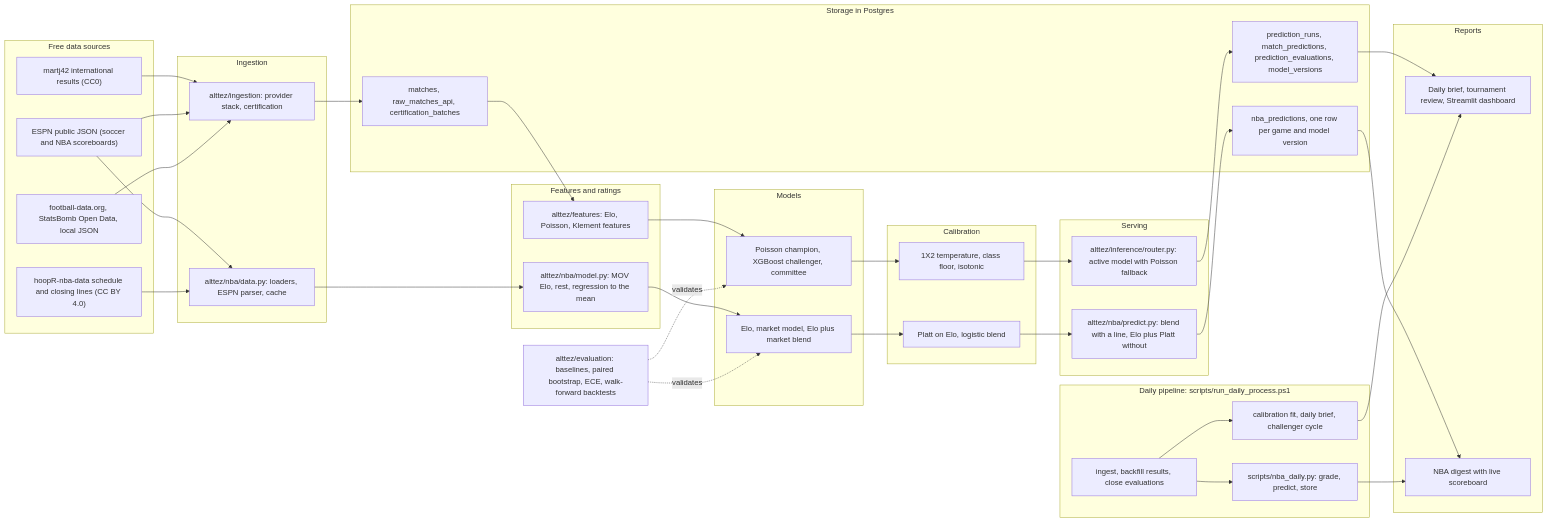
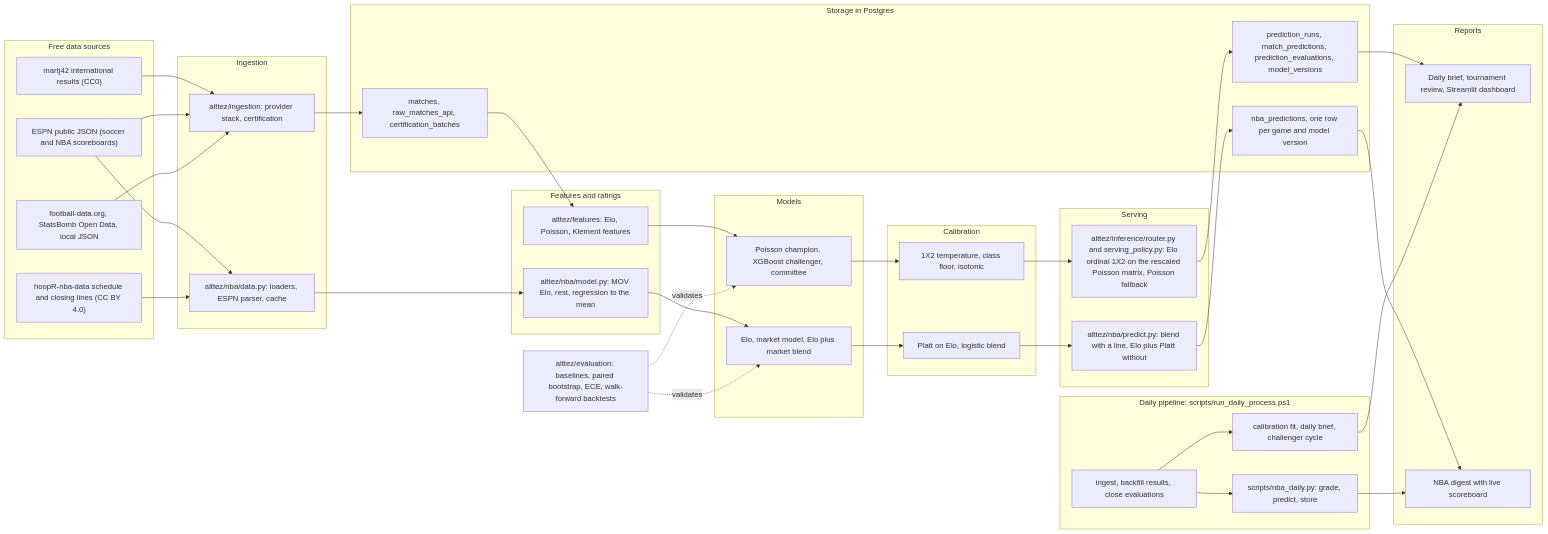
The diagram in docs/architecture.md (julianhr-ops/alttez-predictive), drawn with Mermaid before and after one commit. The commit also changed other lines of this file and 3 other files, not shown here.

Commit message:
docs: describe the Elo ordinal serving policy in architecture, history and guides

````diff
--- a/docs/architecture.md
+++ b/docs/architecture.md
@@ -7,70 +7,70 @@
 ```mermaid
 flowchart LR
     subgraph SRC["Free data sources"]
         S1["martj42 international results (CC0)"]
         S2["ESPN public JSON (soccer and NBA scoreboards)"]
         S3["football-data.org, StatsBomb Open Data, local JSON"]
         S4["hoopR-nba-data schedule and closing lines (CC BY 4.0)"]
     end
 
     subgraph ING["Ingestion"]
         I1["alttez/ingestion: provider stack, certification"]
         I2["alttez/nba/data.py: loaders, ESPN parser, cache"]
     end
 
     subgraph FEAT["Features and ratings"]
         F1["alttez/features: Elo, Poisson, Klement features"]
         F2["alttez/nba/model.py: MOV Elo, rest, regression to the mean"]
     end
 
     subgraph MOD["Models"]
         M1["Poisson champion, XGBoost challenger, committee"]
         M2["Elo, market model, Elo plus market blend"]
     end
 
     subgraph CAL["Calibration"]
         C1["1X2 temperature, class floor, isotonic"]
         C2["Platt on Elo, logistic blend"]
     end
 
     subgraph SERVE["Serving"]
-        V1["alttez/inference/router.py: active model with Poisson fallback"]
+        V1["alttez/inference/router.py and serving_policy.py: Elo ordinal 1X2 on the rescaled Poisson matrix, Poisson fallback"]
         V2["alttez/nba/predict.py: blend with a line, Elo plus Platt without"]
     end
 
     subgraph STORE["Storage in Postgres"]
         D1["matches, raw_matches_api, certification_batches"]
         D2["prediction_runs, match_predictions, prediction_evaluations, model_versions"]
         D3["nba_predictions, one row per game and model version"]
     end
 
     subgraph OPS["Daily pipeline: scripts/run_daily_process.ps1"]
         P1["ingest, backfill results, close evaluations"]
         P2["calibration fit, daily brief, challenger cycle"]
         P3["scripts/nba_daily.py: grade, predict, store"]
     end
 
     subgraph REP["Reports"]
         R1["Daily brief, tournament review, Streamlit dashboard"]
         R2["NBA digest with live scoreboard"]
     end
 
     EVAL["alttez/evaluation: baselines, paired bootstrap, ECE, walk-forward backtests"]
 
     S1 --> I1
     S2 --> I1
     S3 --> I1
     S2 --> I2
     S4 --> I2
     I1 --> D1
     D1 --> F1 --> M1 --> C1 --> V1 --> D2
     I2 --> F2 --> M2 --> C2 --> V2 --> D3
     D2 --> R1
     D3 --> R2
     P1 --> P2
     P1 --> P3
     P2 --> R1
     P3 --> R2
     EVAL -. validates .-> M1
     EVAL -. validates .-> M2
 ```
````
